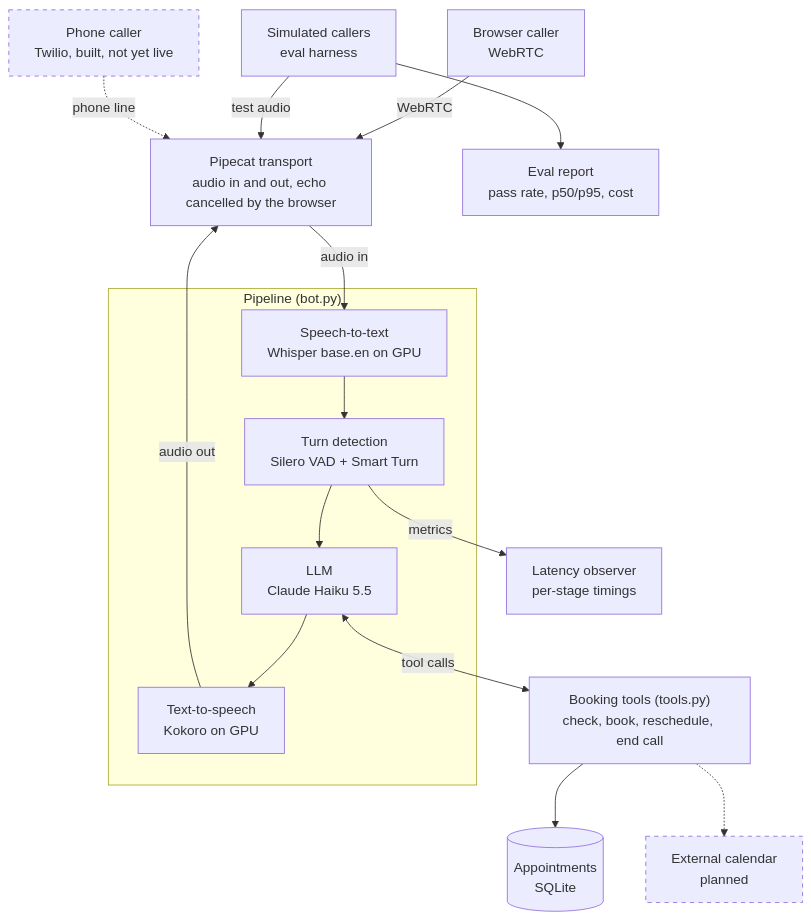
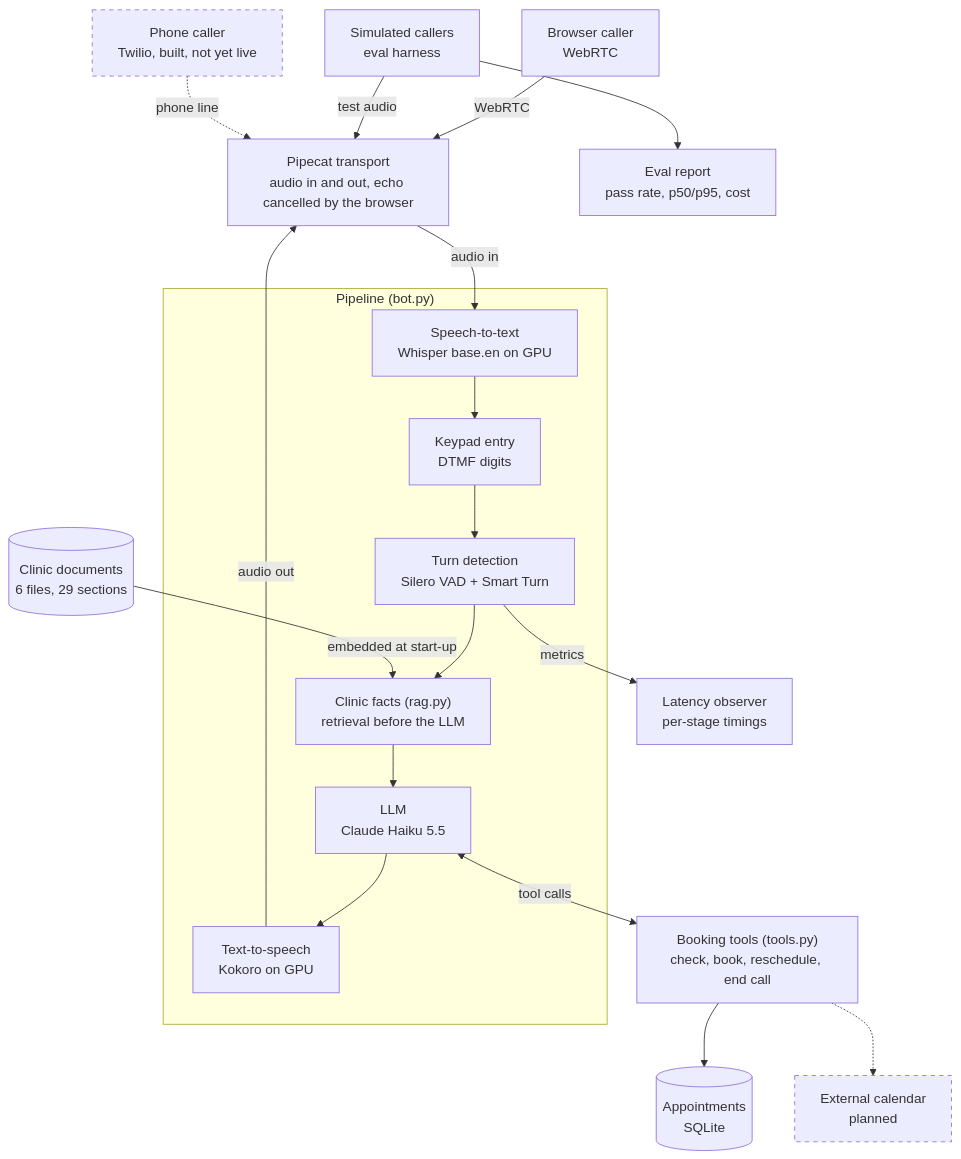
The first of 10 diagrams in README.md (captflag/AI-Voice-), drawn with Mermaid before and after one commit. The commit also changed other lines of this file and 17 other files, not shown here.

First line of the commit message:
Phase 7: clinic knowledge base

````diff
--- a/README.md
+++ b/README.md
@@ -18,35 +23,39 @@
 ```mermaid
 flowchart TB
     browser["Browser caller<br/>WebRTC"]
     sim["Simulated callers<br/>eval harness"]
     phone["Phone caller<br/>Twilio, built, not yet live"]:::planned
 
     transport["Pipecat transport<br/>audio in and out, echo cancelled by the browser"]
 
     subgraph pipeline["Pipeline (bot.py)"]
         stt["Speech-to-text<br/>Whisper base.en on GPU"]
+        keypad["Keypad entry<br/>DTMF digits"]
         turn["Turn detection<br/>Silero VAD + Smart Turn"]
+        notes["Clinic facts (rag.py)<br/>retrieval before the LLM"]
         llm["LLM<br/>Claude Haiku 5.5"]
         tts["Text-to-speech<br/>Kokoro on GPU"]
-        stt --> turn --> llm --> tts
+        stt --> keypad --> turn --> notes --> llm --> tts
     end
 
+    knowledge[("Clinic documents<br/>6 files, 29 sections")]
     tools["Booking tools (tools.py)<br/>check, book, reschedule, end call"]
     db[("Appointments<br/>SQLite")]
     calendar["External calendar<br/>planned"]:::planned
     observer["Latency observer<br/>per-stage timings"]
     report["Eval report<br/>pass rate, p50/p95, cost"]
 
     browser -->|WebRTC| transport
     sim -->|test audio| transport
     phone -.->|phone line| transport
     transport -->|audio in| stt
     tts -->|audio out| transport
+    knowledge -->|embedded at start-up| notes
     llm <-->|tool calls| tools
     tools --> db
     tools -.-> calendar
     turn -->|metrics| observer
     sim --> report
 
     classDef planned stroke-dasharray: 5 5
 ```
````
